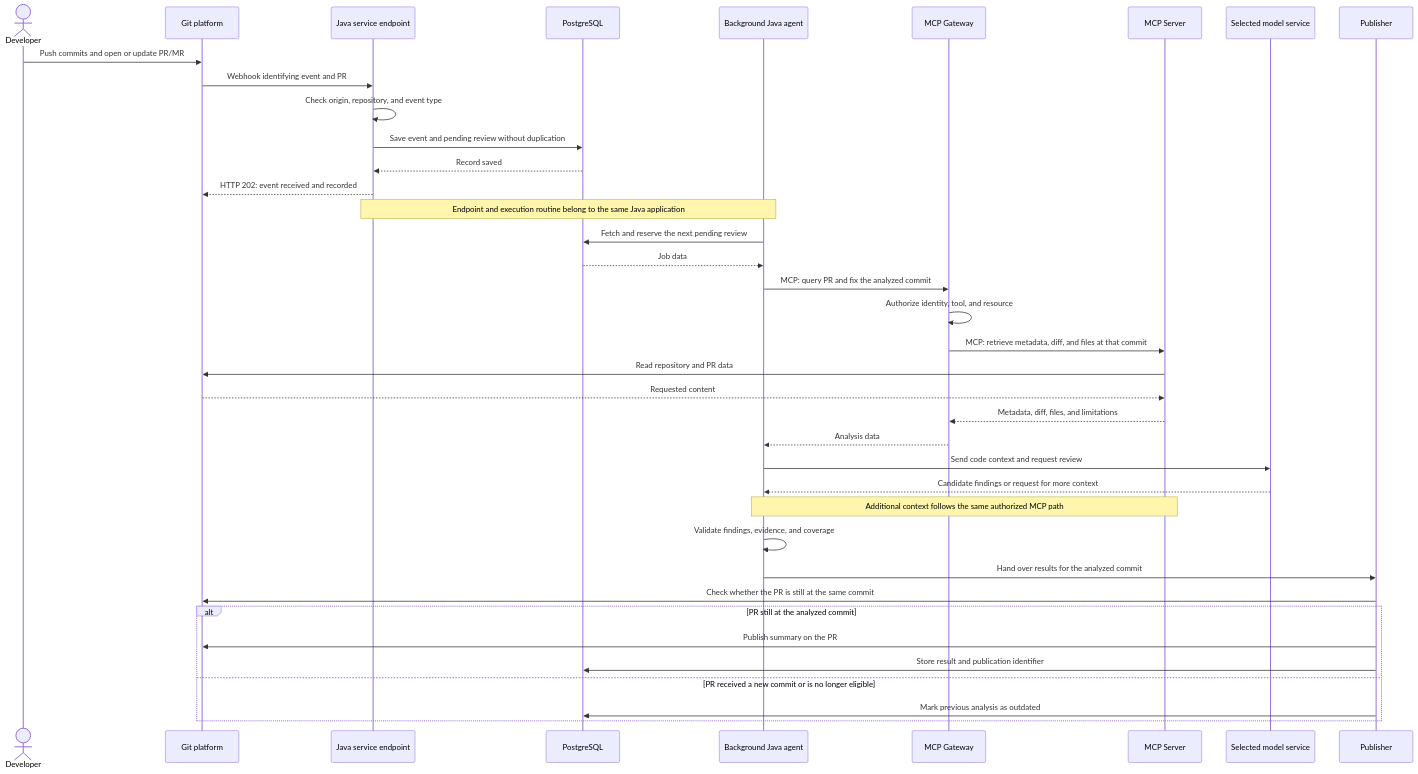
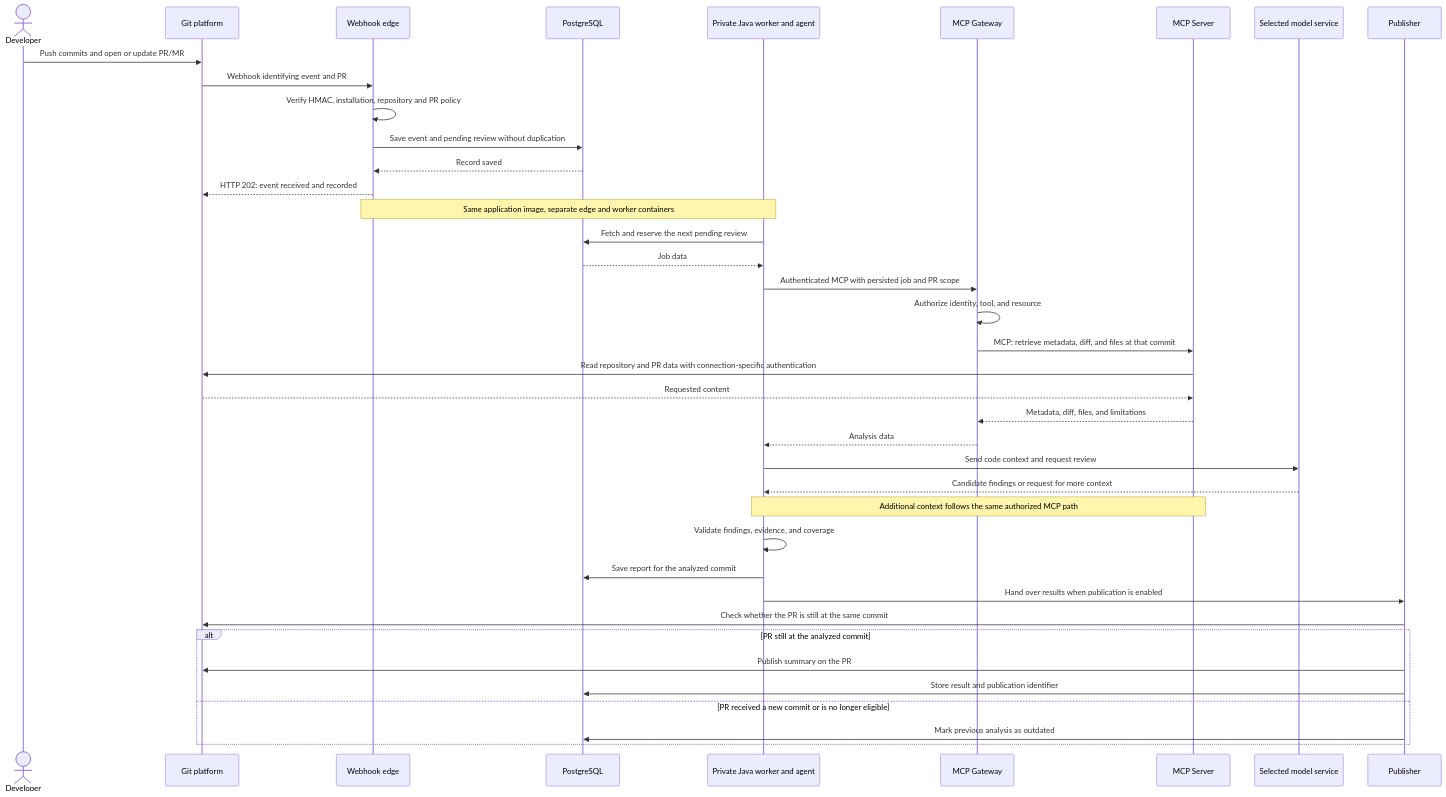
One commit to cleisommais/mcp-api-gateway changed the second of 2 diagrams in docs/architecture.md. Above: the diagram before and after it, drawn with Mermaid. The commit also changed other lines of this file and 49 other files, not shown here.

Commit message:
feat: add F4 signed webhook jobs and private GitHub App support

````diff
--- a/docs/architecture.md
+++ b/docs/architecture.md
@@ -104,40 +107,41 @@
 ```mermaid
 sequenceDiagram
   actor D as Developer
   participant P as Git platform
-  participant E as Java service endpoint
+  participant E as Webhook edge
   participant B as PostgreSQL
-  participant A as Background Java agent
+  participant A as Private Java worker and agent
   participant G as MCP Gateway
   participant S as MCP Server
   participant M as Selected model service
   participant U as Publisher
   D->>P: Push commits and open or update PR/MR
   P->>E: Webhook identifying event and PR
-  E->>E: Check origin, repository, and event type
+  E->>E: Verify HMAC, installation, repository and PR policy
   E->>B: Save event and pending review without duplication
   B-->>E: Record saved
   E-->>P: HTTP 202: event received and recorded
-  Note over E,A: Endpoint and execution routine belong to the same Java application
+  Note over E,A: Same application image, separate edge and worker containers
   A->>B: Fetch and reserve the next pending review
   B-->>A: Job data
-  A->>G: MCP: query PR and fix the analyzed commit
+  A->>G: Authenticated MCP with persisted job and PR scope
   G->>G: Authorize identity, tool, and resource
   G->>S: MCP: retrieve metadata, diff, and files at that commit
-  S->>P: Read repository and PR data
+  S->>P: Read repository and PR data with connection-specific authentication
   P-->>S: Requested content
   S-->>G: Metadata, diff, files, and limitations
   G-->>A: Analysis data
   A->>M: Send code context and request review
   M-->>A: Candidate findings or request for more context
   Note over A,S: Additional context follows the same authorized MCP path
   A->>A: Validate findings, evidence, and coverage
-  A->>U: Hand over results for the analyzed commit
+  A->>B: Save report for the analyzed commit
+  A->>U: Hand over results when publication is enabled
   U->>P: Check whether the PR is still at the same commit
   alt PR still at the analyzed commit
     U->>P: Publish summary on the PR
     U->>B: Store result and publication identifier
   else PR received a new commit or is no longer eligible
     U->>B: Mark previous analysis as outdated
   end
 ```
````
